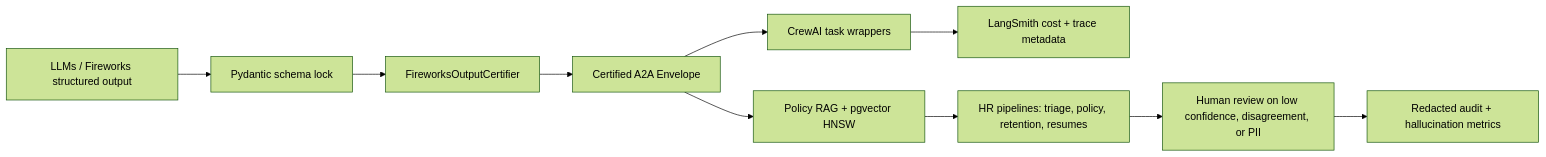
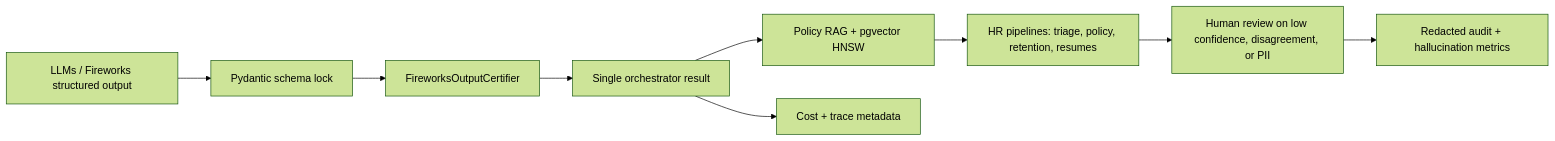
Before and after one commit to W4sP4nx2/HR-AI-Operations: the third of 3 diagrams in README.md, drawn with Mermaid (forest theme). The commit also changed other lines of this file and 158 other files, not shown here.

````diff
--- a/README.md
+++ b/README.md
@@ -345,12 +358,11 @@
 ```mermaid
 flowchart LR
     LLM["LLMs / Fireworks structured output"] --> P["Pydantic schema lock"]
     P --> C["FireworksOutputCertifier"]
-    C --> A2A["Certified A2A Envelope"]
-    A2A --> Crew["CrewAI task wrappers"]
-    A2A --> RAG["Policy RAG + pgvector HNSW"]
-    Crew --> LS["LangSmith cost + trace metadata"]
+    C --> R["Single orchestrator result"]
+    R --> RAG["Policy RAG + pgvector HNSW"]
+    R --> LS["Cost + trace metadata"]
     RAG --> Pipe["HR pipelines: triage, policy, retention, resumes"]
     Pipe --> H["Human review on low confidence, disagreement, or PII"]
     H --> Audit["Redacted audit + hallucination metrics"]
 ```
````
